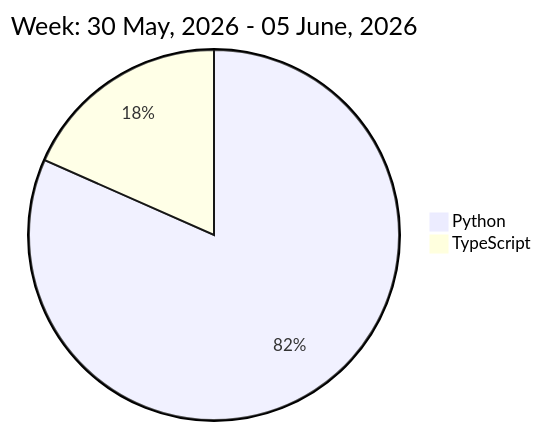
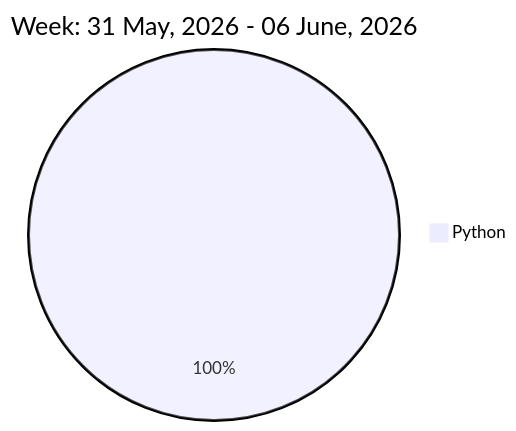
The diagram in README.md (liubin95/liubin95), drawn with Mermaid before and after one commit.

Commit message:
Updated the Graph with new Metrics

````diff
--- a/README.md
+++ b/README.md
@@ -32,6 +32,5 @@
 ```mermaid
  pie
-title Week: 30 May, 2026 - 05 June, 2026
- "Python" : 10.22
- "TypeScript" : 2.3
+title Week: 31 May, 2026 - 06 June, 2026
+ "Python" : 12.65
 ```
````
